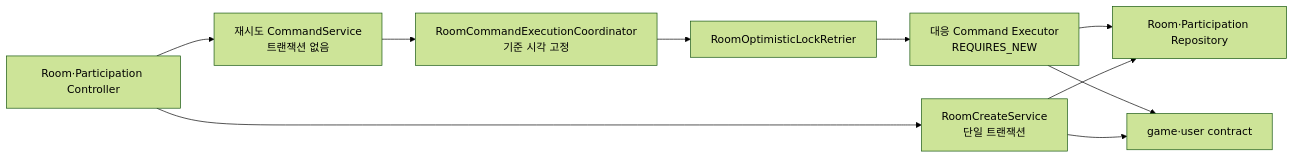
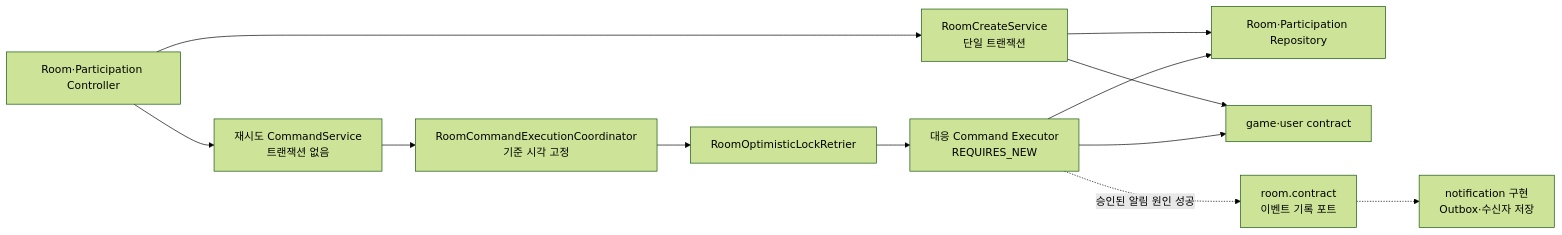
Before and after one commit to bamsongi-club/albam-mate: the third of 4 diagrams in docs/ARCHITECTURE.md, drawn with Mermaid (forest theme). The commit also changed other lines of this file and 16 other files, not shown here.

````diff
--- a/docs/ARCHITECTURE.md
+++ b/docs/ARCHITECTURE.md
@@ -167,12 +181,14 @@
 ```mermaid
 flowchart LR
     controller["Room·Participation Controller"] --> retryCommand["재시도 CommandService<br/>트랜잭션 없음"]
     retryCommand --> coordinator["RoomCommandExecutionCoordinator<br/>기준 시각 고정"]
     coordinator --> retrier["RoomOptimisticLockRetrier"]
     retrier --> executor["대응 Command Executor<br/>REQUIRES_NEW"]
     executor --> repositories["Room·Participation Repository"]
     executor --> contracts["game·user contract"]
+    executor -.->|"승인된 알림 원인 성공"| eventPort["room.contract<br/>이벤트 기록 포트"]
+    eventPort -.-> outbox["notification 구현<br/>Outbox·수신자 저장"]
     controller --> create["RoomCreateService<br/>단일 트랜잭션"]
     create --> repositories
     create --> contracts
 ```
````
